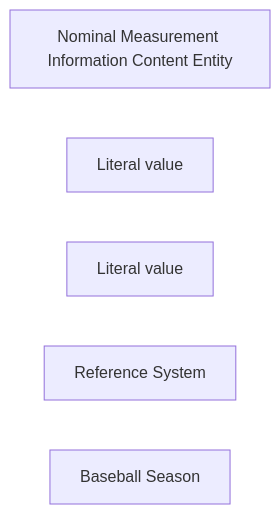
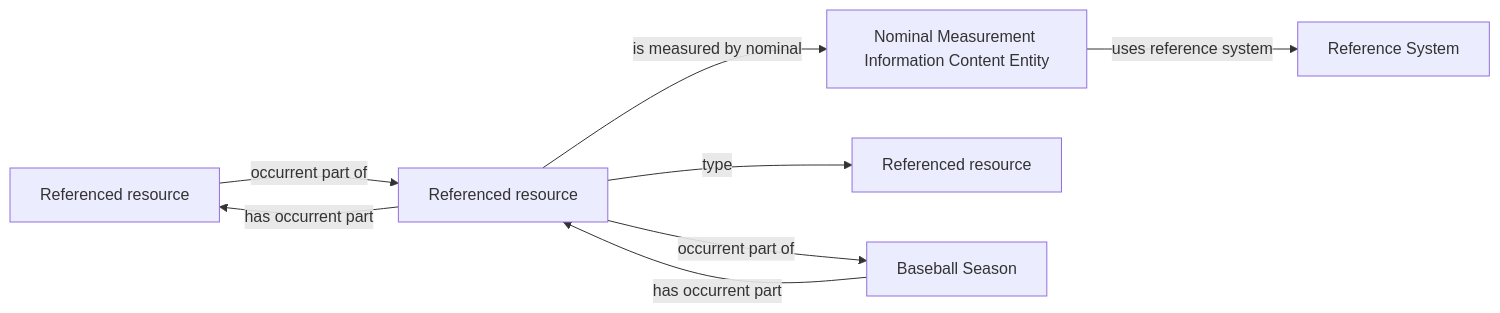
Before and after one commit to CarterBeauBenson/BaseballO: the diagram in Baseball/mermaid/patterns/ontology/58-season-phase.md, drawn with Mermaid. The commit also changed other lines of this file and 152 other files, not shown here.

````diff
--- a/Baseball/mermaid/patterns/ontology/58-season-phase.md
+++ b/Baseball/mermaid/patterns/ontology/58-season-phase.md
@@ -10,8 +10,16 @@
 ```mermaid
 flowchart LR
     N01["Nominal Measurement Information Content Entity"]
-    N02["Literal value"]
-    N03["Literal value"]
-    N04["Reference System"]
-    N05["Baseball Season"]
+    N02["Referenced resource"]
+    N03["Referenced resource"]
+    N04["Referenced resource"]
+    N05["Reference System"]
+    N06["Baseball Season"]
+    N01 -->|uses reference system| N05
+    N03 -->|occurrent part of| N04
+    N04 -->|has occurrent part| N03
+    N04 -->|is measured by nominal| N01
+    N04 -->|occurrent part of| N06
+    N04 -->|type| N02
+    N06 -->|has occurrent part| N04
 ```
````
